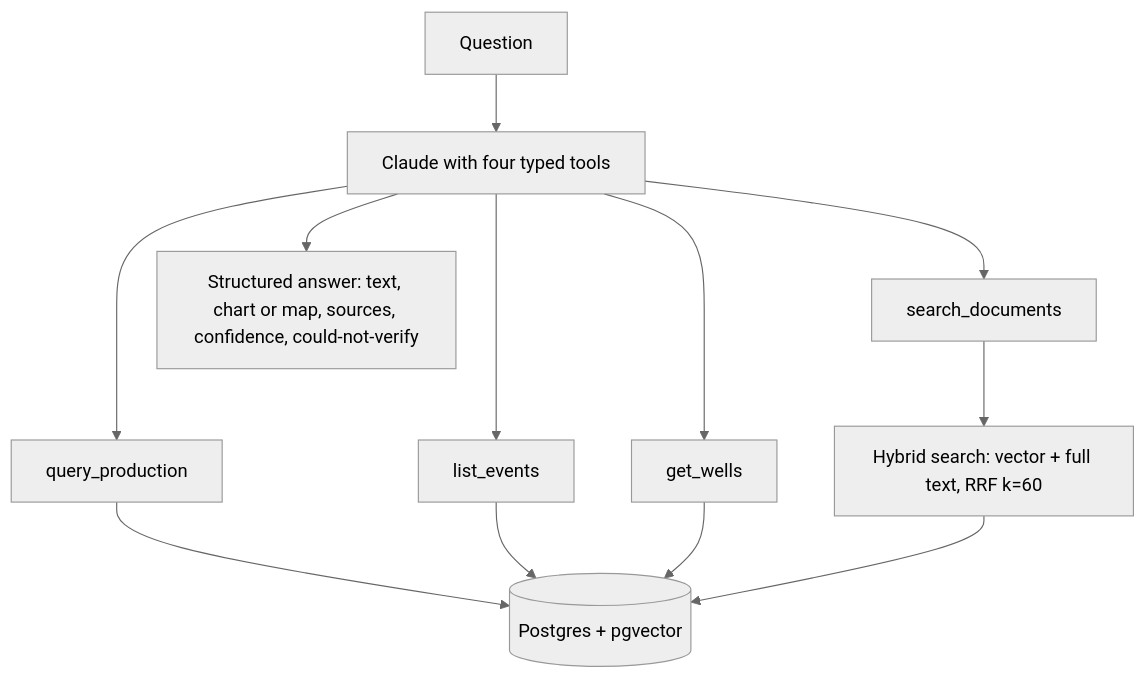
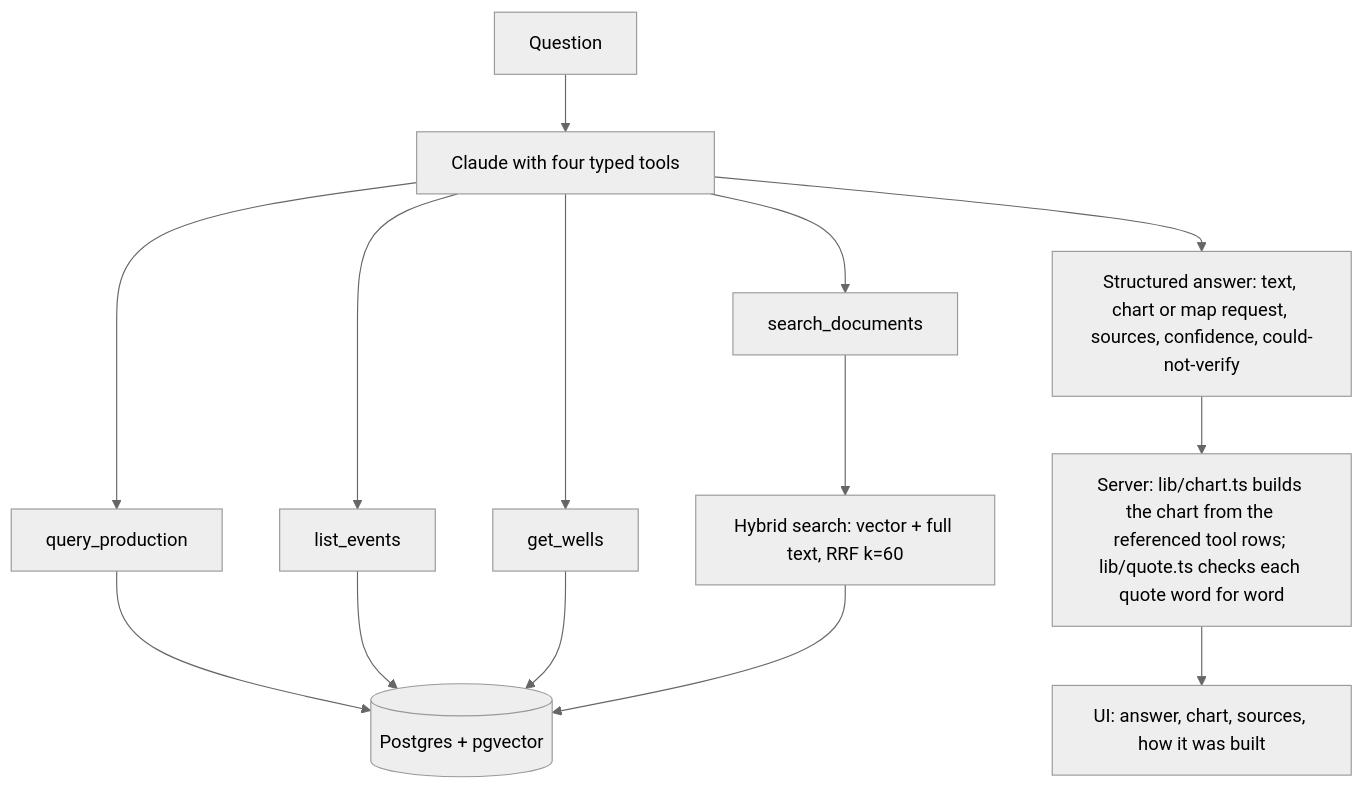
The diagram in README.md (rashad/ask-the-field), drawn with Mermaid (neutral theme) before and after one commit. The commit also changed other lines of this file and 53 other files, not shown here.

First line of the commit message:
Review fixes: abuse limits, security headers, grounded eval checks, chart and quote fixes, module cleanup (#1)

````diff
--- a/README.md
+++ b/README.md
@@ -13,14 +13,16 @@
 ```mermaid
 flowchart TD
     Q[Question] --> C[Claude with four typed tools]
     C --> P[query_production]
     C --> E[list_events]
     C --> W[get_wells]
     C --> S[search_documents]
     P --> DB[(Postgres + pgvector)]
     E --> DB
     W --> DB
     S --> H[Hybrid search: vector + full text, RRF k=60]
     H --> DB
-    C --> A[Structured answer: text, chart or map, sources, confidence, could-not-verify]
+    C --> A[Structured answer: text, chart or map request, sources, confidence, could-not-verify]
+    A --> V[Server: lib/chart.ts builds the chart from the referenced tool rows; lib/quote.ts checks each quote word for word]
+    V --> U[UI: answer, chart, sources, how it was built]
 ```
````
